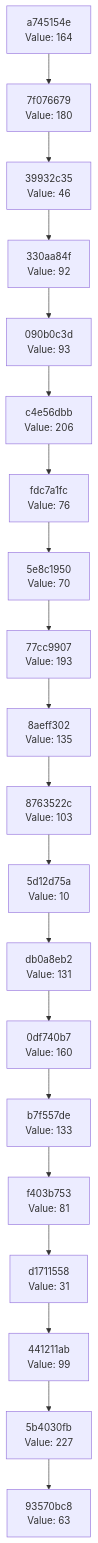
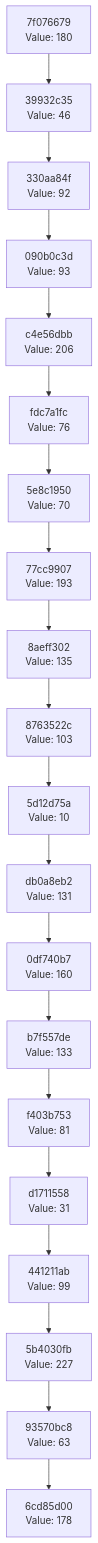
One commit to Abhisheksinha1506/hash-chain-evolver changed the diagram in docs/CHAIN_VISUALIZATION.md. Above: the diagram before and after it, drawn with Mermaid. The commit also changed 3 other files, not shown here.

````diff
--- a/docs/CHAIN_VISUALIZATION.md
+++ b/docs/CHAIN_VISUALIZATION.md
@@ -3,42 +3,42 @@
 ```mermaid
 graph TD
-    C0["93570bc8<br/>Value: 63"]
-    C1["5b4030fb<br/>Value: 227"]
+    C0["6cd85d00<br/>Value: 178"]
+    C1["93570bc8<br/>Value: 63"]
     C1 --> C0
-    C2["441211ab<br/>Value: 99"]
+    C2["5b4030fb<br/>Value: 227"]
     C2 --> C1
-    C3["d1711558<br/>Value: 31"]
+    C3["441211ab<br/>Value: 99"]
     C3 --> C2
-    C4["f403b753<br/>Value: 81"]
+    C4["d1711558<br/>Value: 31"]
     C4 --> C3
-    C5["b7f557de<br/>Value: 133"]
+    C5["f403b753<br/>Value: 81"]
     C5 --> C4
-    C6["0df740b7<br/>Value: 160"]
+    C6["b7f557de<br/>Value: 133"]
     C6 --> C5
-    C7["db0a8eb2<br/>Value: 131"]
+    C7["0df740b7<br/>Value: 160"]
     C7 --> C6
-    C8["5d12d75a<br/>Value: 10"]
+    C8["db0a8eb2<br/>Value: 131"]
     C8 --> C7
-    C9["8763522c<br/>Value: 103"]
+    C9["5d12d75a<br/>Value: 10"]
     C9 --> C8
-    C10["8aeff302<br/>Value: 135"]
+    C10["8763522c<br/>Value: 103"]
     C10 --> C9
-    C11["77cc9907<br/>Value: 193"]
+    C11["8aeff302<br/>Value: 135"]
     C11 --> C10
-    C12["5e8c1950<br/>Value: 70"]
+    C12["77cc9907<br/>Value: 193"]
     C12 --> C11
-    C13["fdc7a1fc<br/>Value: 76"]
+    C13["5e8c1950<br/>Value: 70"]
     C13 --> C12
-    C14["c4e56dbb<br/>Value: 206"]
+    C14["fdc7a1fc<br/>Value: 76"]
     C14 --> C13
-    C15["090b0c3d<br/>Value: 93"]
+    C15["c4e56dbb<br/>Value: 206"]
     C15 --> C14
-    C16["330aa84f<br/>Value: 92"]
+    C16["090b0c3d<br/>Value: 93"]
     C16 --> C15
-    C17["39932c35<br/>Value: 46"]
+    C17["330aa84f<br/>Value: 92"]
     C17 --> C16
-    C18["7f076679<br/>Value: 180"]
+    C18["39932c35<br/>Value: 46"]
     C18 --> C17
-    C19["a745154e<br/>Value: 164"]
+    C19["7f076679<br/>Value: 180"]
     C19 --> C18
 ```
````
